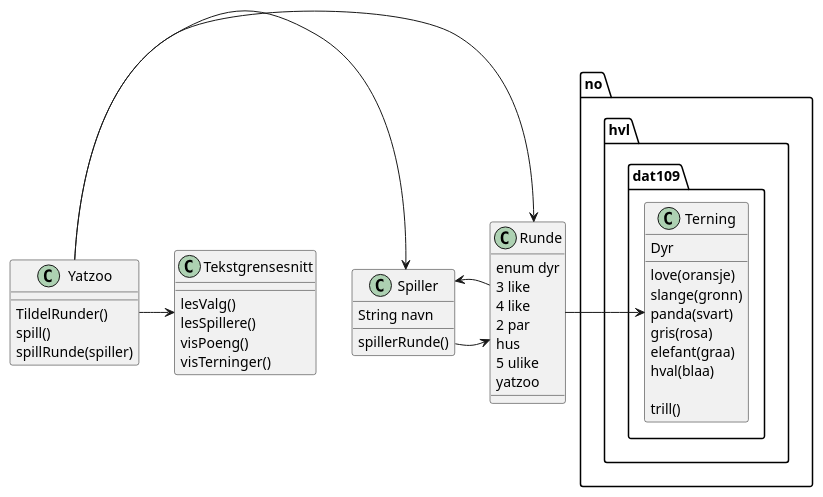
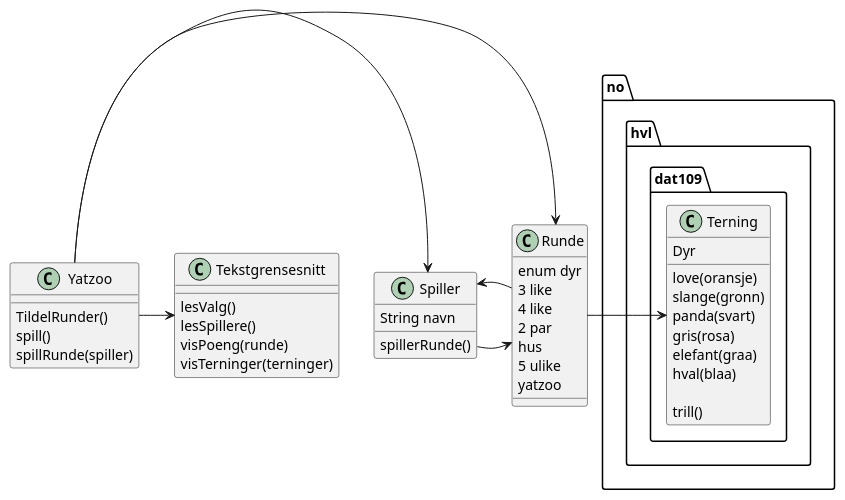
The diagram in src/no/hvl/dat109/uml/Klassediagram.puml (571530/DAT109Oblig1), drawn with PlantUML before and after one commit.

Commit message:
liten endring i klassediagrammet

```diff
--- a/src/no/hvl/dat109/uml/Klassediagram.puml
+++ b/src/no/hvl/dat109/uml/Klassediagram.puml
@@ -1,52 +1,52 @@
 @startuml
 
 class Yatzoo{
 TildelRunder()
 spill()
 spillRunde(spiller)
 }
 
 class Tekstgrensesnitt {
     lesValg()
     lesSpillere()
-    visPoeng()
-    visTerninger()
+    visPoeng(runde)
+    visTerninger(terninger)
 }
 
 class Spiller{
 String navn
 spillerRunde()
 }
 
 class Runde{
 enum dyr
 3 like
 4 like
 2 par
 hus
 5 ulike
 yatzoo
 }
 
 class no.hvl.dat109.Terning{
 Dyr
 love(oransje)
 slange(gronn)
 panda(svart)
 gris(rosa)
 elefant(graa)
 hval(blaa)
 
 trill()
 }
 
 Yatzoo -> Spiller
 Yatzoo -> Tekstgrensesnitt
 Yatzoo -> Runde
 Spiller -> Runde
 Runde -> no.hvl.dat109.Terning
 Runde -> Spiller
 
 
 
 @enduml
```
